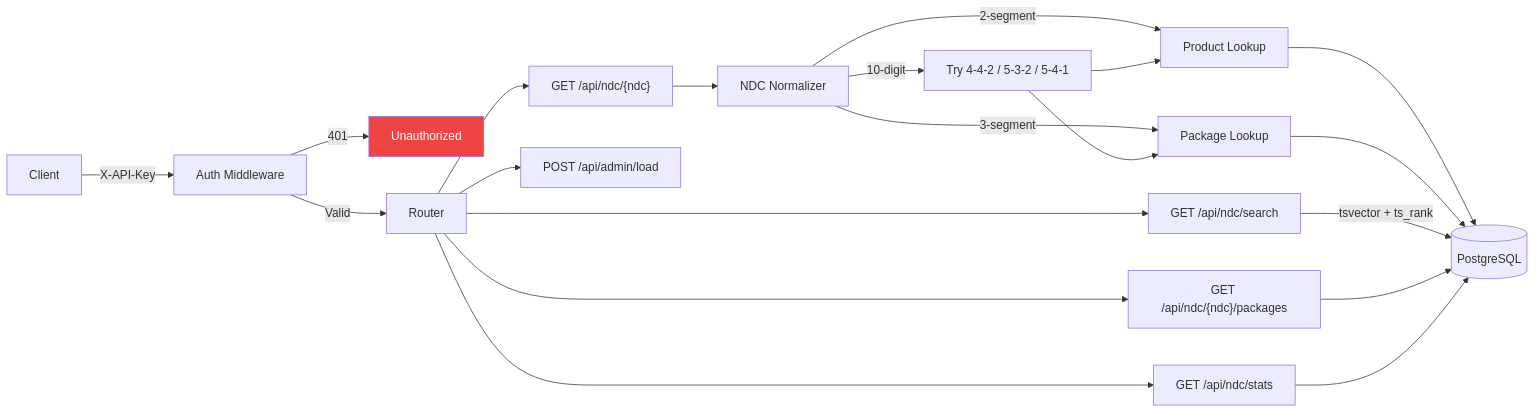
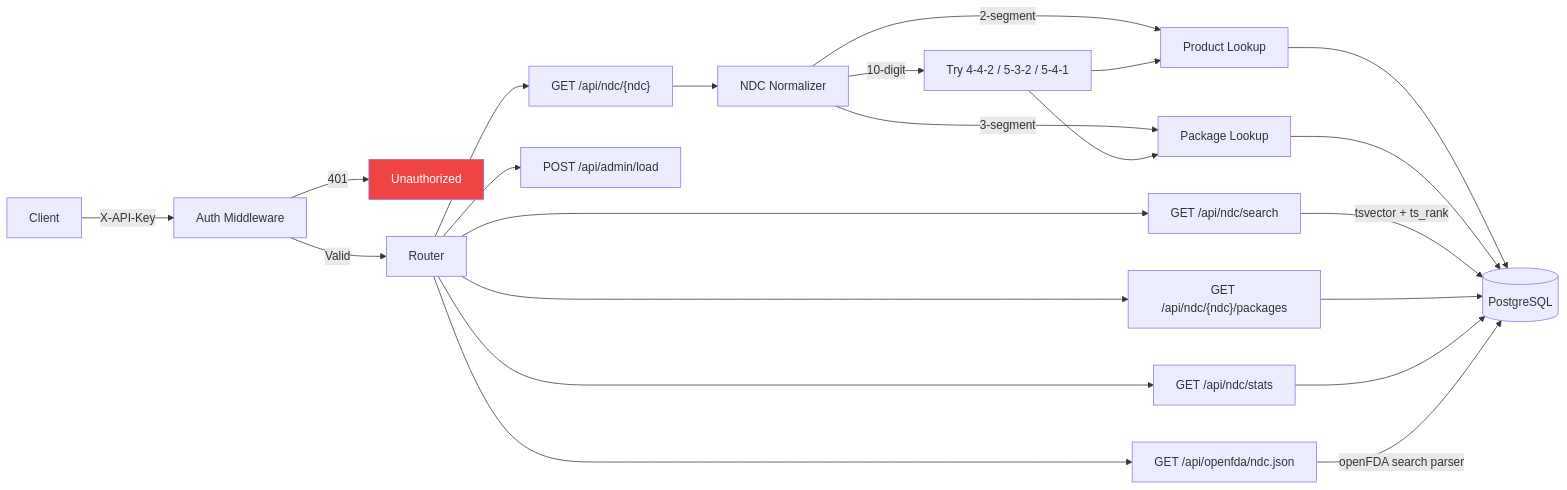
Before and after one commit to finish06/ndc-loader: the third of 5 diagrams in README.md, drawn with Mermaid. The commit also changed other lines of this file and 4 other files, not shown here.

````diff
--- a/README.md
+++ b/README.md
@@ -184,27 +219,29 @@
 ```mermaid
 flowchart LR
     Client -->|X-API-Key| MW[Auth Middleware]
     MW -->|401| Reject[Unauthorized]
     MW -->|Valid| Router
 
     Router --> Q1["GET /api/ndc/{ndc}"]
     Router --> Q2["GET /api/ndc/search"]
     Router --> Q3["GET /api/ndc/{ndc}/packages"]
     Router --> Q4["GET /api/ndc/stats"]
+    Router --> OF["GET /api/openfda/ndc.json"]
     Router --> A1["POST /api/admin/load"]
 
     Q1 --> NDC[NDC Normalizer]
     NDC -->|2-segment| PL[Product Lookup]
     NDC -->|3-segment| PKL[Package Lookup]
     NDC -->|10-digit| VAR[Try 4-4-2 / 5-3-2 / 5-4-1]
     VAR --> PL
     VAR --> PKL
 
     PL --> DB[(PostgreSQL)]
     PKL --> DB
     Q2 -->|tsvector + ts_rank| DB
     Q3 --> DB
     Q4 --> DB
+    OF -->|openFDA search parser| DB
 
     style Reject fill:#ef4444,color:#fff
 ```
````
